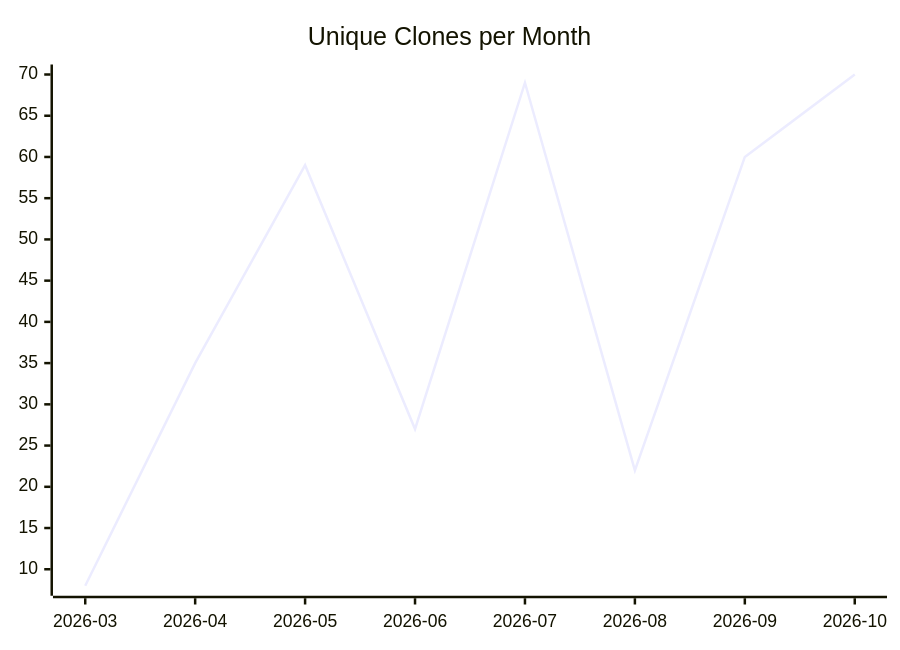
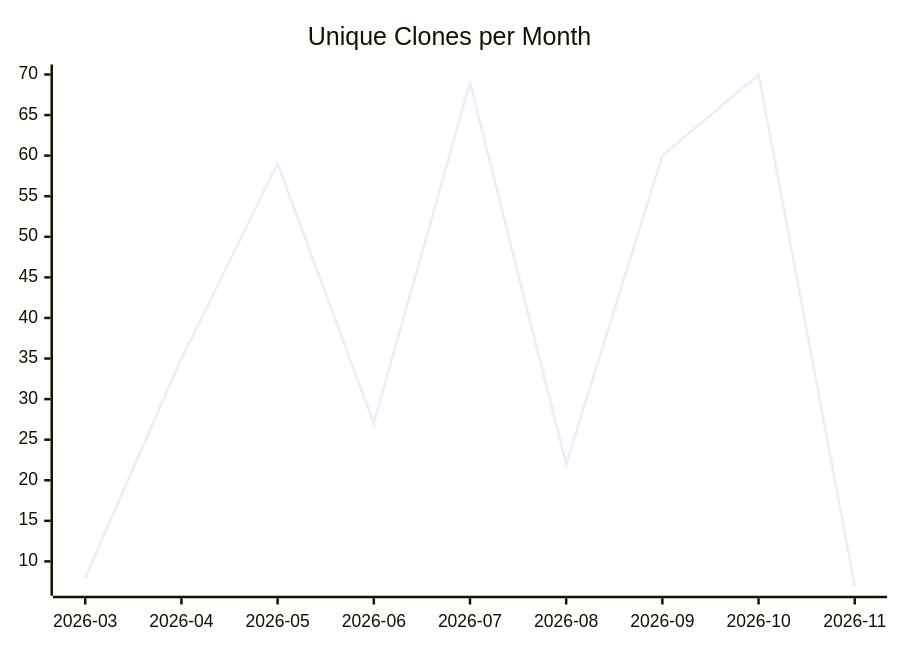
Before and after one commit to justdavis-family/github-analytics-data: the third of 3 diagrams in karlmdavis/fhir-benchmarks/README.md, drawn with Mermaid. The commit also changed other lines of this file and 201 other files, not shown here.

````diff
--- a/karlmdavis/fhir-benchmarks/README.md
+++ b/karlmdavis/fhir-benchmarks/README.md
@@ -19,6 +19,6 @@
 ```mermaid
 xychart-beta
   title "Unique Clones per Month"
-  x-axis ["2026-03", "2026-04", "2026-05", "2026-06", "2026-07", "2026-08", "2026-09", "2026-10"]
-  line [8, 35, 59, 27, 69, 22, 60, 70]
+  x-axis ["2026-03", "2026-04", "2026-05", "2026-06", "2026-07", "2026-08", "2026-09", "2026-10", "2026-11"]
+  line [8, 35, 59, 27, 69, 22, 60, 70, 7]
 ```
````
